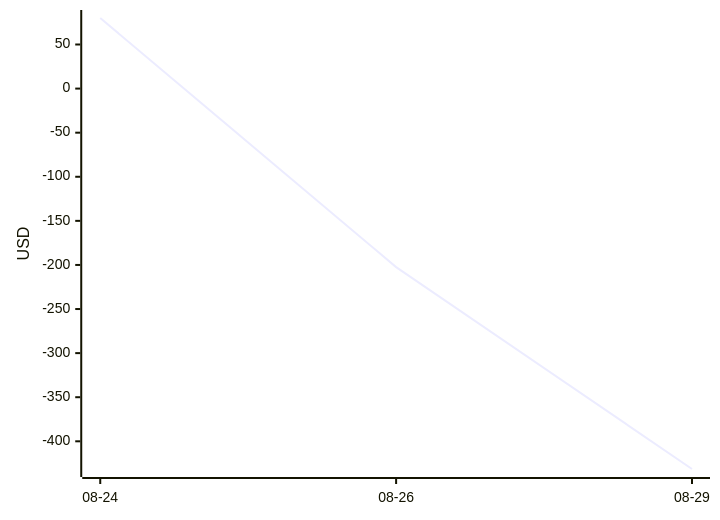
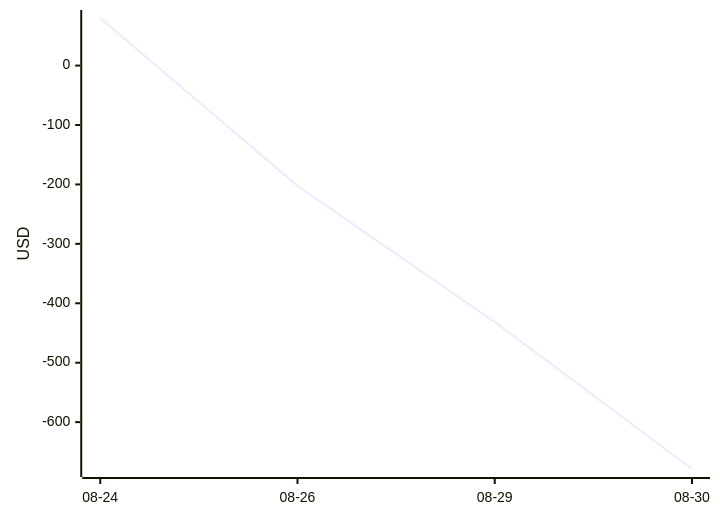
The diagram in DASHBOARD.md (aryanvaid2108/prediction-trading), drawn with Mermaid before and after one commit. The commit also changed other lines of this file and 1 other file, not shown here.

````diff
--- a/DASHBOARD.md
+++ b/DASHBOARD.md
@@ -23,6 +23,6 @@
 ```mermaid
 xychart-beta
-  x-axis ["08-24", "08-26", "08-29"]
+  x-axis ["08-24", "08-26", "08-29", "08-30"]
   y-axis "USD"
-  line [80.05, -202.45, -431.41]
+  line [80.05, -202.45, -431.41, -678.85]
 ```
````
